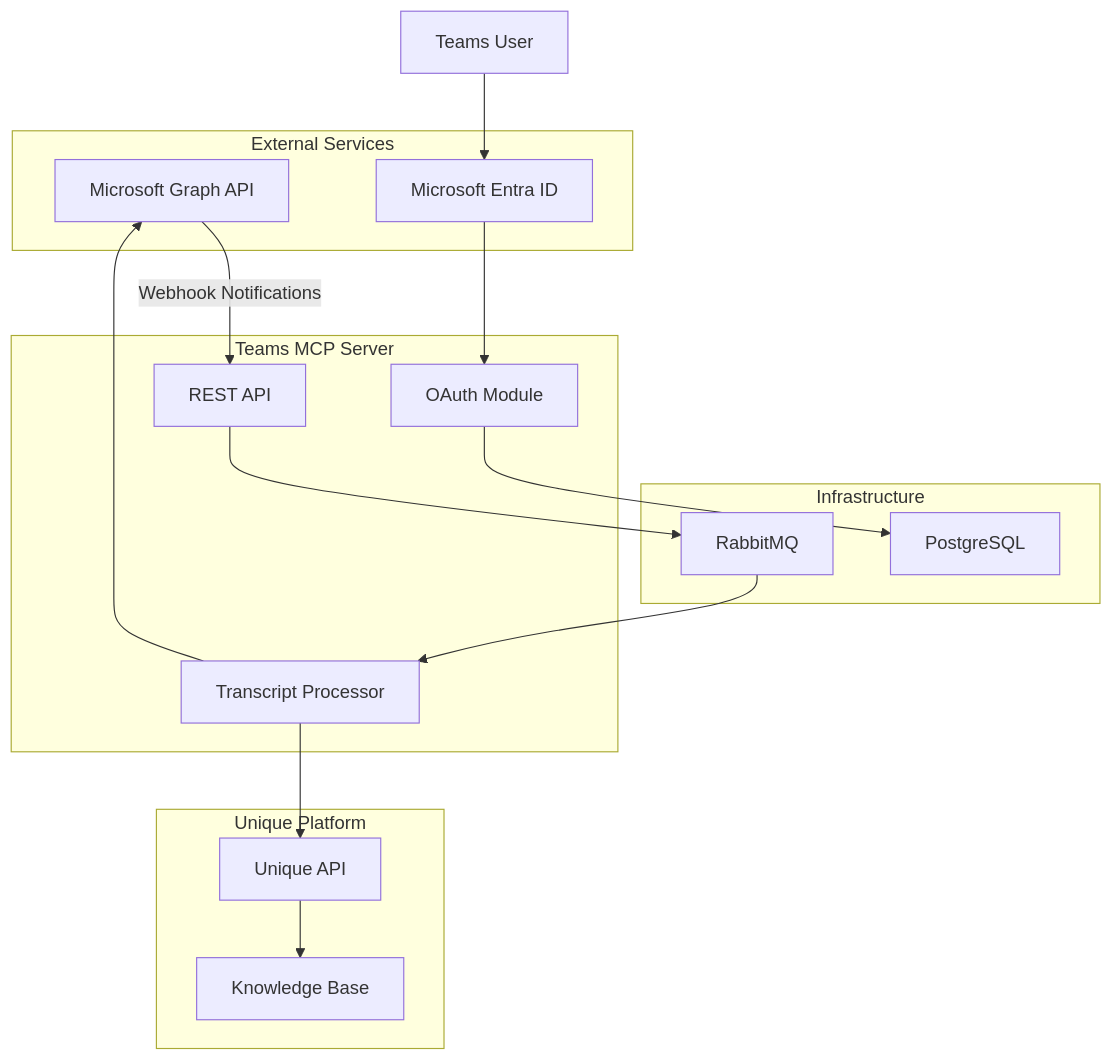
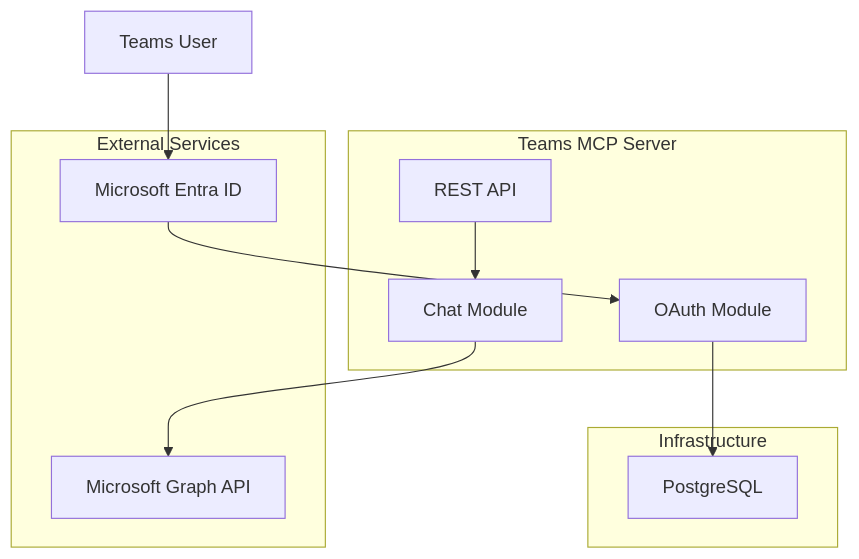
One commit to Unique-AG/connectors changed the first of 3 diagrams in services/teams-mcp/docs/README.md. Above: the diagram before and after it, drawn with Mermaid. The commit also changed other lines of this file and 19 other files, not shown here.

````diff
--- a/services/teams-mcp/docs/README.md
+++ b/services/teams-mcp/docs/README.md
@@ -181,35 +131,24 @@
 ```mermaid
 flowchart TB
     subgraph External["External Services"]
         MSGraph["Microsoft Graph API"]
         EntraID["Microsoft Entra ID"]
     end
 
     subgraph TeamsMCP["Teams MCP Server"]
         API["REST API"]
         OAuth["OAuth Module"]
-        Processor["Transcript Processor"]
+        Chat["Chat Module"]
     end
 
     subgraph Infrastructure["Infrastructure"]
-        RabbitMQ["RabbitMQ"]
         PostgreSQL["PostgreSQL"]
-    end
-
-    subgraph Unique["Unique Platform"]
-        UniqueAPI["Unique API"]
-        Storage["Knowledge Base"]
     end
 
     User["Teams User"] --> EntraID
     EntraID --> OAuth
     OAuth --> PostgreSQL
 
-    MSGraph -->|"Webhook Notifications"| API
-    API --> RabbitMQ
-    RabbitMQ --> Processor
-
-    Processor --> MSGraph
-    Processor --> UniqueAPI
-    UniqueAPI --> Storage
+    API --> Chat
+    Chat --> MSGraph
 ```
````
